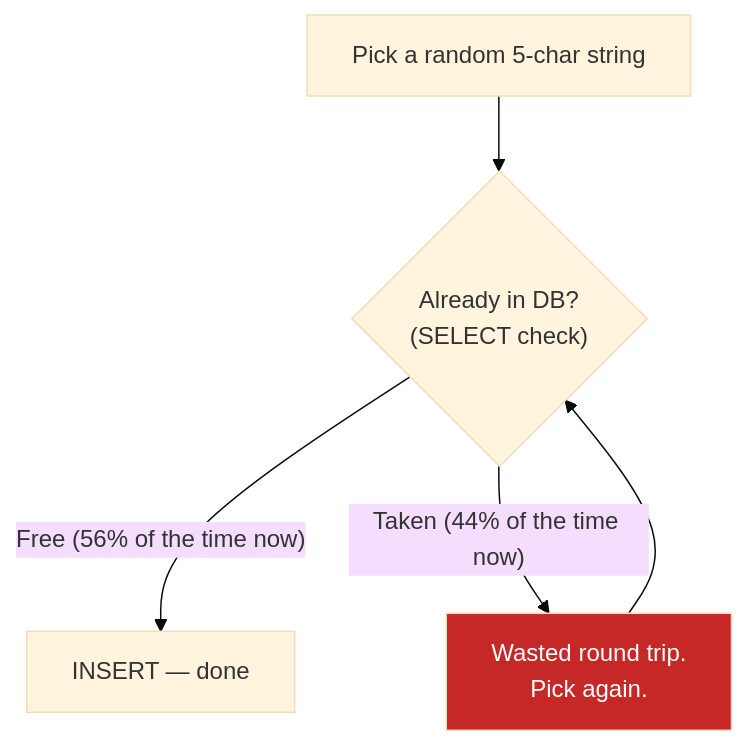
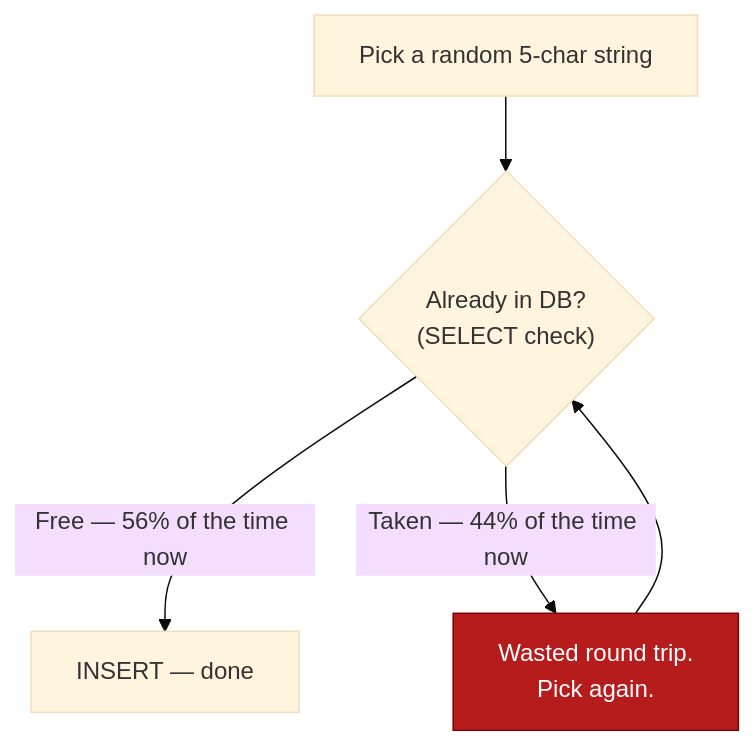
The first of 13 diagrams in system-design/HLD/0-course/34-Design a URL Shortening Service - TinyURL-FAANG-Guide-story.md (riyaz-pasha/Learnings), drawn with Mermaid (base theme) before and after one commit. The commit also changed other lines of this file and 5 other files, not shown here.

Commit message:
[REWRITE] Design Newsfeed story guide: simplify prose, add structure, fix diagrams

````diff
--- a/system-design/HLD/0-course/34-Design a URL Shortening Service - TinyURL-FAANG-Guide-story.md
+++ b/system-design/HLD/0-course/34-Design a URL Shortening Service - TinyURL-FAANG-Guide-story.md
@@ -15,8 +55,8 @@
 ```mermaid
 flowchart TD
-    A["Pick a random 5-char string"] --> B{"Already in DB?\n(SELECT check)"}
-    B -->|"Free (56% of the time now)"| C["INSERT — done"]
-    B -->|"Taken (44% of the time now)"| D["Wasted round trip.\nPick again."]
+    A["Pick a random 5-char string"] --> B{"Already in DB?<br/>(SELECT check)"}
+    B -->|"Free — 56% of the time now"| C["INSERT — done"]
+    B -->|"Taken — 44% of the time now"| D["Wasted round trip.<br/>Pick again."]
     D --> B
-    style D fill:#c62828,color:#fff
+    style D fill:#b71c1c,color:#ffffff,stroke:#7f0000
 ```
````
